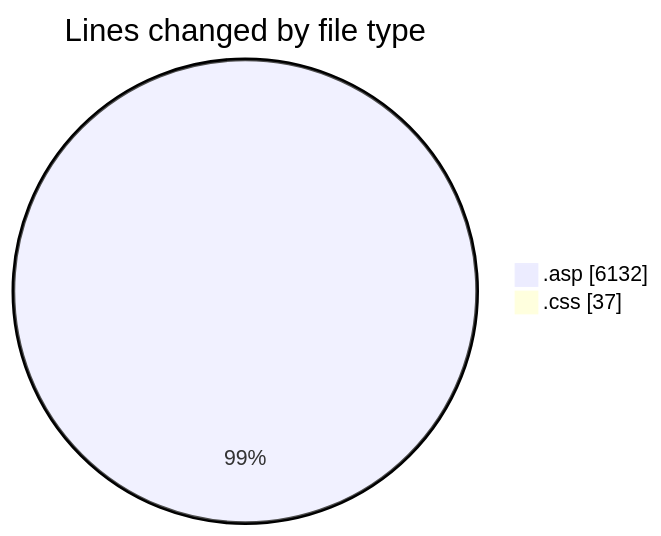
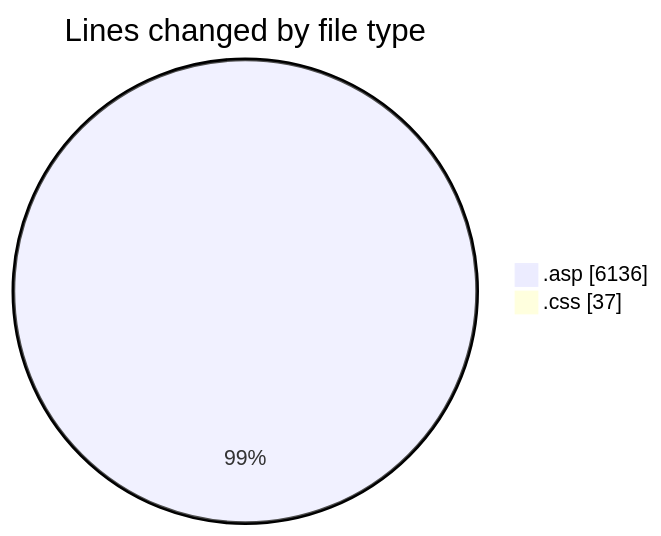
Before and after one commit to julien-gomy/code-tracking: the first of 2 diagrams in 2025-11-02/cdp_aleoudev_fr__workspace_/README.md, drawn with Mermaid. The commit also changed other lines of this file and 1 other file, not shown here.

````diff
--- a/2025-11-02/cdp_aleoudev_fr__workspace_/README.md
+++ b/2025-11-02/cdp_aleoudev_fr__workspace_/README.md
@@ -25,6 +25,6 @@
 ```mermaid
 pie showData
 title Lines changed by file type
-".asp" : 6132
+".asp" : 6136
 ".css" : 37
 ```
````
